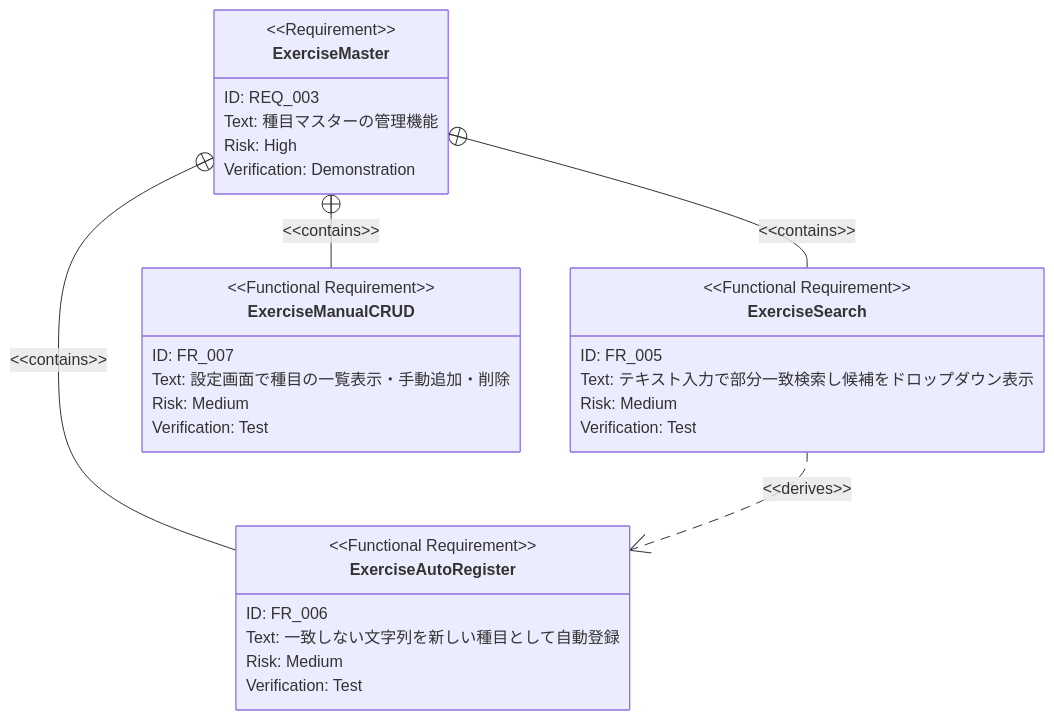
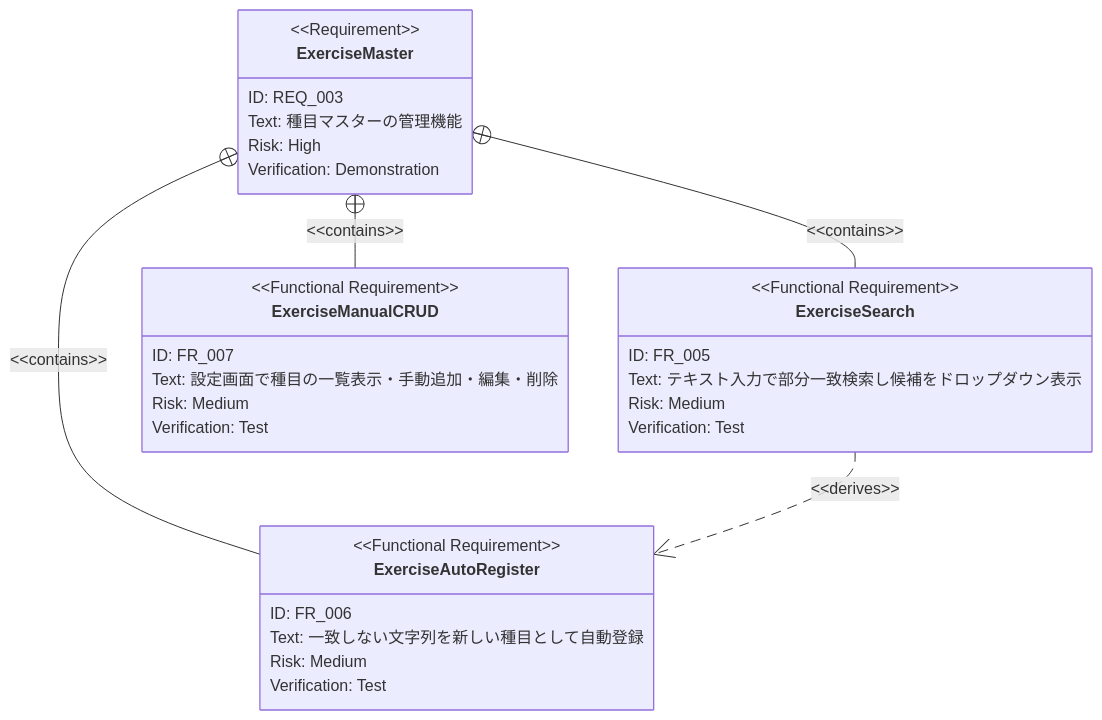
Before and after one commit to SakumaTakuya/gymini: the second of 2 diagrams in .sdd/requirement/exercise-master/index.md, drawn with Mermaid. The commit also changed other lines of this file and 12 other files, not shown here.

````diff
--- a/.sdd/requirement/exercise-master/index.md
+++ b/.sdd/requirement/exercise-master/index.md
@@ -58,35 +60,35 @@
 ```mermaid
 requirementDiagram
     requirement ExerciseMaster {
         id: REQ_003
         text: "種目マスターの管理機能"
         risk: high
         verifymethod: demonstration
     }
 
     functionalRequirement ExerciseSearch {
         id: FR_005
         text: "テキスト入力で部分一致検索し候補をドロップダウン表示"
         risk: medium
         verifymethod: test
     }
 
     functionalRequirement ExerciseAutoRegister {
         id: FR_006
         text: "一致しない文字列を新しい種目として自動登録"
         risk: medium
         verifymethod: test
     }
 
     functionalRequirement ExerciseManualCRUD {
         id: FR_007
-        text: "設定画面で種目の一覧表示・手動追加・削除"
+        text: "設定画面で種目の一覧表示・手動追加・編集・削除"
         risk: medium
         verifymethod: test
     }
 
     ExerciseMaster - contains -> ExerciseSearch
     ExerciseMaster - contains -> ExerciseAutoRegister
     ExerciseMaster - contains -> ExerciseManualCRUD
     ExerciseSearch - derives -> ExerciseAutoRegister
 ```
````
